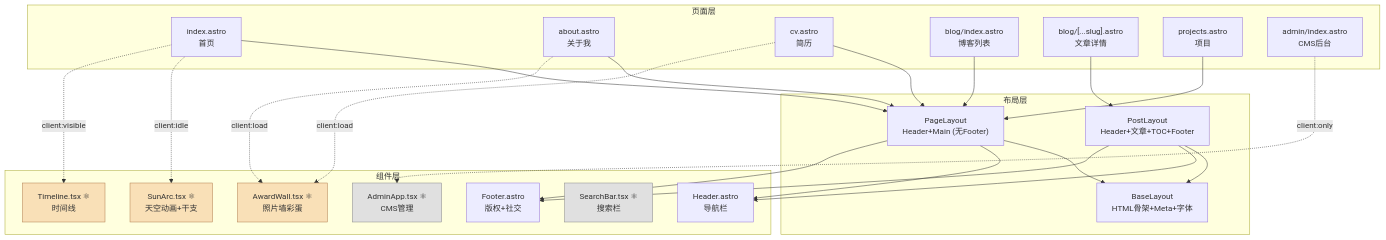
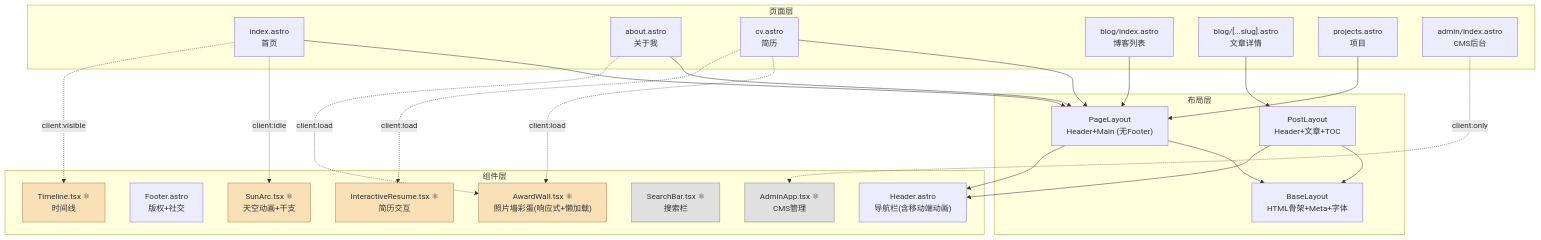
One commit to Alidadei/alidadei.github.io changed the diagram in docs/knowledge-graph-en/knowledge-graph.md. Above: the diagram before and after it, drawn with Mermaid. The commit also changed other lines of this file and 29 other files, not shown here.

````diff
--- a/docs/knowledge-graph-en/knowledge-graph.md
+++ b/docs/knowledge-graph-en/knowledge-graph.md
@@ -80,54 +81,55 @@
 ```mermaid
 graph TB
     subgraph 页面层
         HOME["index.astro<br/>首页"]
         ABOUT["about.astro<br/>关于我"]
         CV["cv.astro<br/>简历"]
         BLOG["blog/index.astro<br/>博客列表"]
         POST["blog/[...slug].astro<br/>文章详情"]
         PROJ["projects.astro<br/>项目"]
         ADMIN["admin/index.astro<br/>CMS后台"]
     end
 
     subgraph 布局层
         BL["BaseLayout<br/>HTML骨架+Meta+字体"]
         PL["PageLayout<br/>Header+Main (无Footer)"]
-        SL["PostLayout<br/>Header+文章+TOC+Footer"]
+        SL["PostLayout<br/>Header+文章+TOC"]
     end
 
     subgraph 组件层
-        HDR["Header.astro<br/>导航栏"]
+        HDR["Header.astro<br/>导航栏(含移动端动画)"]
         FTR["Footer.astro<br/>版权+社交"]
         SUN["SunArc.tsx ⚛<br/>天空动画+干支"]
         TL["Timeline.tsx ⚛<br/>时间线"]
-        AW["AwardWall.tsx ⚛<br/>照片墙彩蛋"]
+        AW["AwardWall.tsx ⚛<br/>照片墙彩蛋(响应式+懒加载)"]
         SB["SearchBar.tsx ⚛<br/>搜索栏"]
+        IR["InteractiveResume.tsx ⚛<br/>简历交互"]
         AA["AdminApp.tsx ⚛<br/>CMS管理"]
     end
 
     HOME --> PL
     ABOUT --> PL
     CV --> PL
     BLOG --> PL
     PROJ --> PL
     POST --> SL
 
     PL --> BL
     PL --> HDR
-    PL --> FTR
     SL --> BL
     SL --> HDR
-    SL --> FTR
 
     HOME -.->|"client:idle"| SUN
     HOME -.->|"client:visible"| TL
     ABOUT -.->|"client:load"| AW
     CV -.->|"client:load"| AW
+    CV -.->|"client:load"| IR
     ADMIN -.->|"client:only"| AA
 
     style SUN fill:#f9e0b7,stroke:#b07d4f
     style AW fill:#f9e0b7,stroke:#b07d4f
     style TL fill:#f9e0b7,stroke:#b07d4f
+    style IR fill:#f9e0b7,stroke:#b07d4f
     style AA fill:#e0e0e0,stroke:#888
     style SB fill:#e0e0e0,stroke:#888
 ```
````
